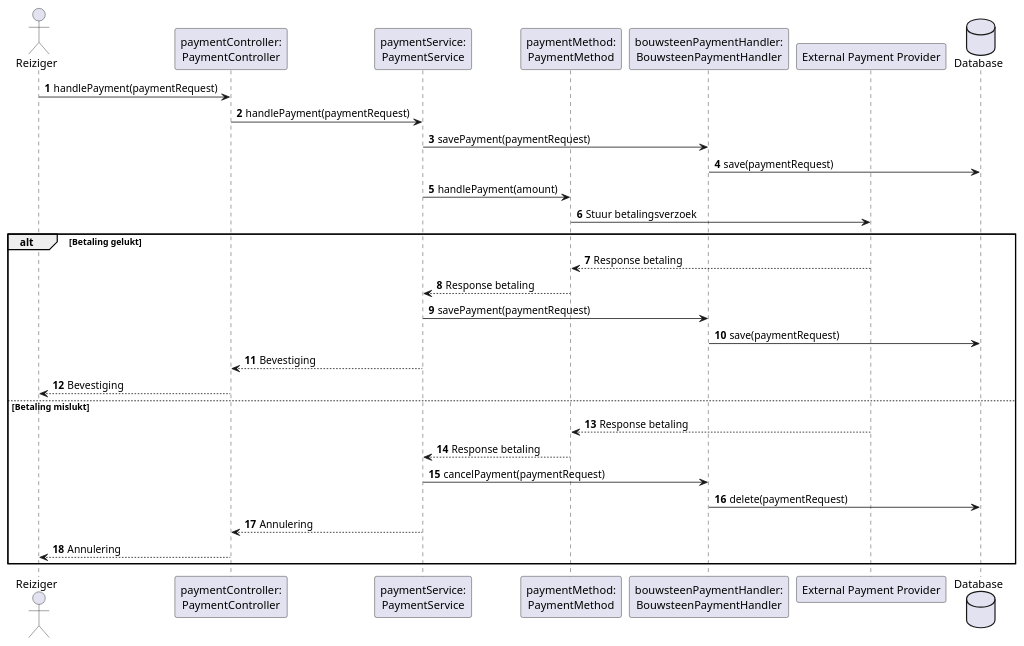
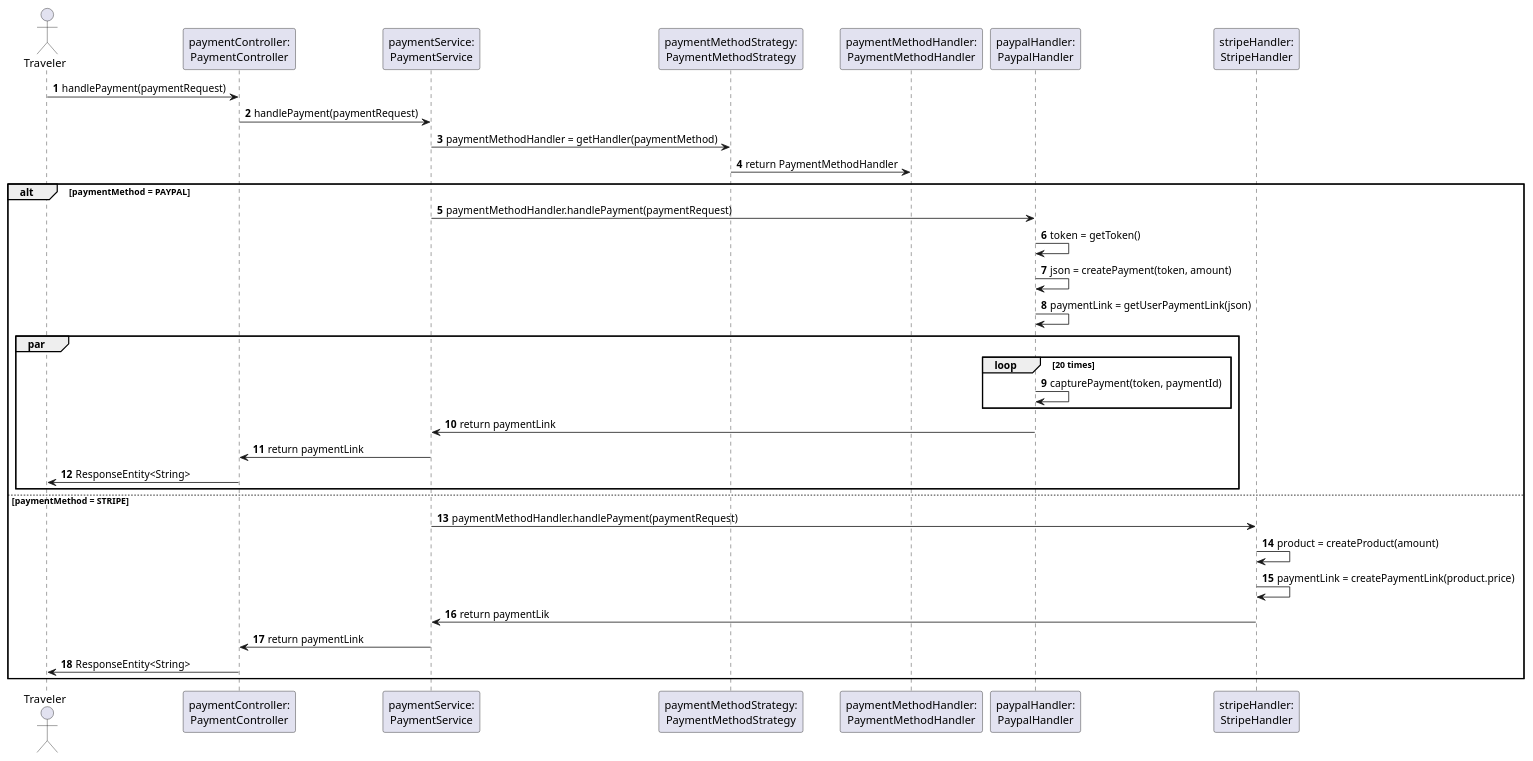
One commit to AIM-ENE-feb25/triptop-de-broederbond-fgs changed the diagram in groeps-uitwerkingen/week2/sequentie-diagrammen/sequentie-diagram-Stefan.puml. Above: the diagram before and after it, drawn with PlantUML. The commit also changed 7 other files, not shown here.

Commit message:
diagrammen Stefan af

```diff
--- a/groeps-uitwerkingen/week2/sequentie-diagrammen/sequentie-diagram-Stefan.puml
+++ b/groeps-uitwerkingen/week2/sequentie-diagrammen/sequentie-diagram-Stefan.puml
@@ -1,38 +1,40 @@
 @startuml
 
 autonumber
 
-actor Reiziger
+actor Traveler
 participant "paymentController:\nPaymentController" as paymentController
 participant "paymentService:\nPaymentService" as paymentService
-participant "paymentMethod:\nPaymentMethod" as paymentMethod
-participant "bouwsteenPaymentHandler:\nBouwsteenPaymentHandler" as bouwsteenPaymentHandler
-participant "External Payment Provider" as paymentProvider
-database "Database" as database
+participant "paymentMethodStrategy:\nPaymentMethodStrategy" as paymentMethodStrategy
+participant "paymentMethodHandler:\nPaymentMethodHandler" as paymentMethodHandler
+participant "paypalHandler:\nPaypalHandler" as paypalHandler
+participant "stripeHandler:\nStripeHandler" as stripeHandler
 
-Reiziger -> paymentController : handlePayment(paymentRequest)
+Traveler -> paymentController: handlePayment(paymentRequest)
+paymentController -> paymentService: handlePayment(paymentRequest)
+paymentService -> paymentMethodStrategy: paymentMethodHandler = getHandler(paymentMethod)
+paymentMethodStrategy -> paymentMethodHandler: return PaymentMethodHandler
 
-
-paymentController -> paymentService : handlePayment(paymentRequest)
-paymentService -> bouwsteenPaymentHandler : savePayment(paymentRequest)
-bouwsteenPaymentHandler -> database : save(paymentRequest)
-paymentService -> paymentMethod : handlePayment(amount)
-paymentMethod -> paymentProvider : Stuur betalingsverzoek
-
-alt Betaling gelukt
-    paymentProvider --> paymentMethod : Response betaling
-    paymentMethod --> paymentService : Response betaling
-    paymentService -> bouwsteenPaymentHandler : savePayment(paymentRequest)
-    bouwsteenPaymentHandler -> database : save(paymentRequest)
-    paymentService --> paymentController : Bevestiging
-    paymentController --> Reiziger : Bevestiging
-else Betaling mislukt
-    paymentProvider --> paymentMethod : Response betaling
-    paymentMethod --> paymentService : Response betaling
-    paymentService -> bouwsteenPaymentHandler : cancelPayment(paymentRequest)
-    bouwsteenPaymentHandler -> database : delete(paymentRequest)
-    paymentService --> paymentController : Annulering
-    paymentController --> Reiziger : Annulering
+alt paymentMethod = PAYPAL
+    paymentService -> paypalHandler: paymentMethodHandler.handlePayment(paymentRequest)
+    paypalHandler -> paypalHandler: token = getToken()
+    paypalHandler -> paypalHandler: json = createPayment(token, amount)
+    paypalHandler -> paypalHandler: paymentLink = getUserPaymentLink(json)
+    par
+        loop 20 times
+            paypalHandler -> paypalHandler: capturePayment(token, paymentId)
+        end
+        paypalHandler -> paymentService: return paymentLink
+        paymentService -> paymentController : return paymentLink
+        paymentController -> Traveler: ResponseEntity<String>
+    end
+else paymentMethod = STRIPE
+    paymentService -> stripeHandler: paymentMethodHandler.handlePayment(paymentRequest)
+    stripeHandler -> stripeHandler: product = createProduct(amount)
+    stripeHandler -> stripeHandler: paymentLink = createPaymentLink(product.price)
+    stripeHandler -> paymentService: return paymentLik
+    paymentService -> paymentController : return paymentLink
+    paymentController -> Traveler: ResponseEntity<String>
 end
 
 @enduml
```
